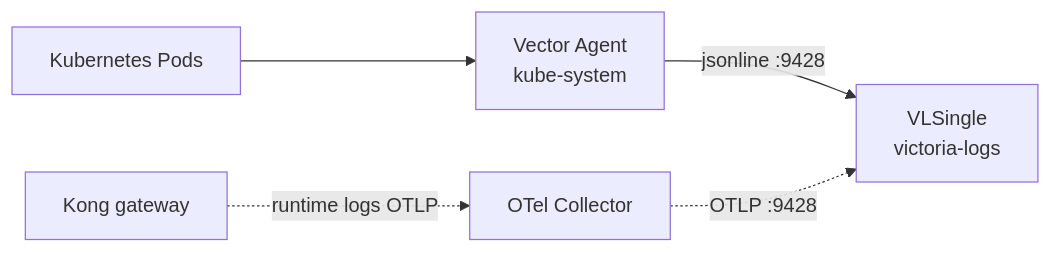
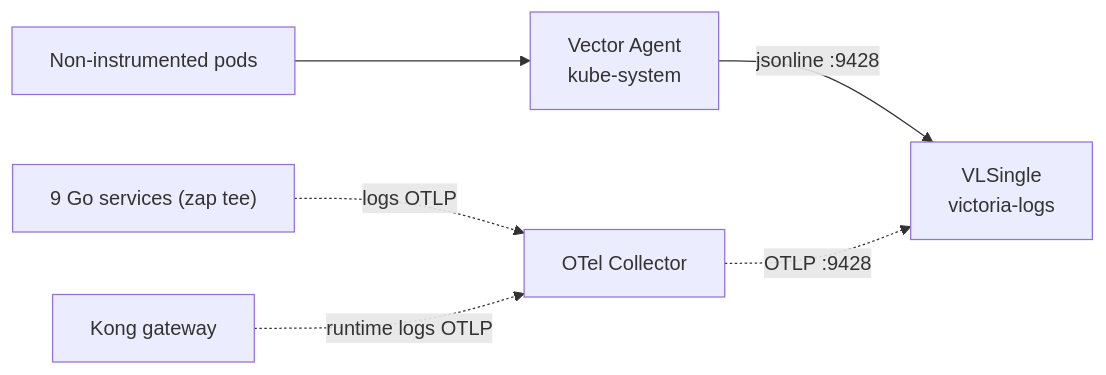
The sixth of 6 diagrams in docs/observability/metrics/victoriametrics.md (duynhlab/homelab), drawn with Mermaid before and after one commit. The commit also changed other lines of this file and 13 other files, not shown here.

````diff
--- a/docs/observability/metrics/victoriametrics.md
+++ b/docs/observability/metrics/victoriametrics.md
@@ -538,7 +535,8 @@
 ```mermaid
 flowchart LR
-    Pods["Kubernetes Pods"] --> Vector["Vector Agent<br/>kube-system"]
+    Pods["Non-instrumented pods"] --> Vector["Vector Agent<br/>kube-system"]
     Vector -->|"jsonline :9428"| VLSingle_f["VLSingle<br/>victoria-logs"]
-    Kong_f["Kong gateway"] -.->|"runtime logs OTLP"| OTelC_f["OTel Collector"]
+    Apps_l["9 Go services (zap tee)"] -.->|"logs OTLP"| OTelC_f["OTel Collector"]
+    Kong_f["Kong gateway"] -.->|"runtime logs OTLP"| OTelC_f
     OTelC_f -.->|"OTLP :9428"| VLSingle_f
 ```
````
